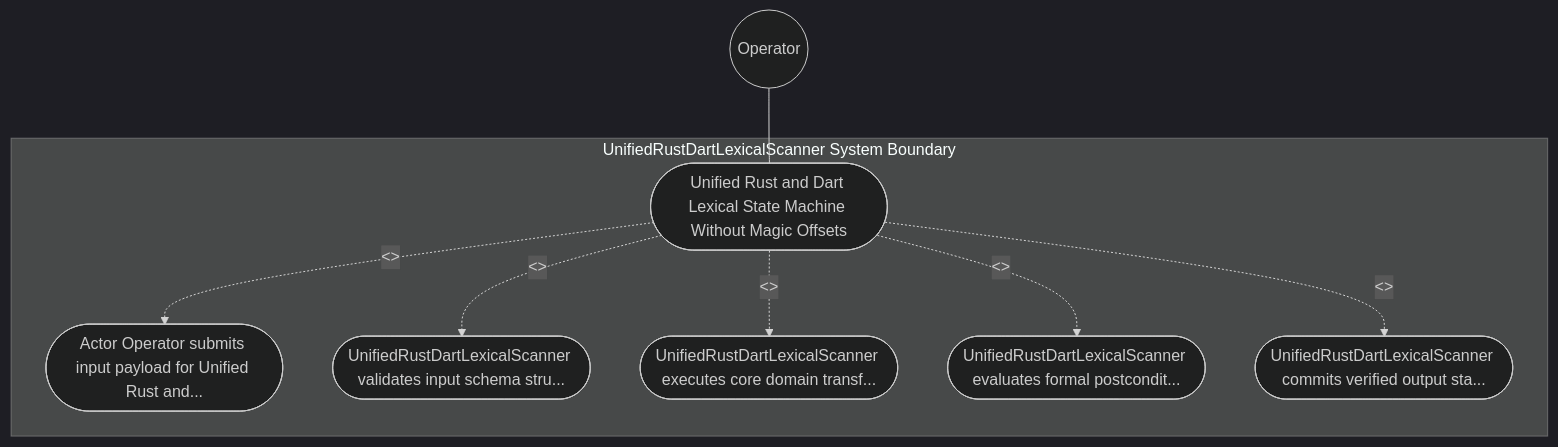
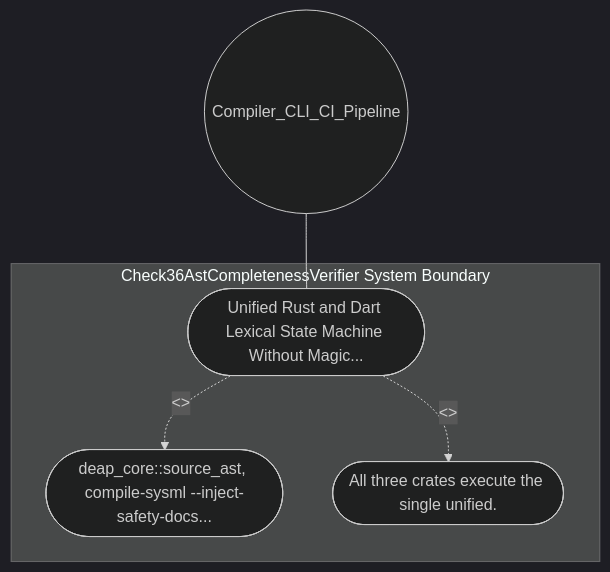
One commit to gintatkinson/DEAP01-spec-core changed the diagram in .pipeline/upstream/docs/use-cases/UC-21-Unified_Rust_and_Dart_Lexical_State_Machine_Without_Magic_Offsets.md. Above: the diagram before and after it, drawn with Mermaid (dark theme). The commit also changed other lines of this file and 213 other files, not shown here.

````diff
--- a/.pipeline/upstream/docs/use-cases/UC-21-Unified_Rust_and_Dart_Lexical_State_Machine_Without_Magic_Offsets.md
+++ b/.pipeline/upstream/docs/use-cases/UC-21-Unified_Rust_and_Dart_Lexical_State_Machine_Without_Magic_Offsets.md
@@ -16,17 +16,11 @@
 ```mermaid
 graph TD
-    subgraph "UnifiedRustDartLexicalScanner System Boundary"
-        UC_Main(["Unified Rust and Dart Lexical State Machine Without Magic Offsets"])
-        UC_Step01(["Actor Operator submits input payload for Unified Rust and..."])
-        UC_Step02(["UnifiedRustDartLexicalScanner validates input schema stru..."])
-        UC_Step03(["UnifiedRustDartLexicalScanner executes core domain transf..."])
-        UC_Step04(["UnifiedRustDartLexicalScanner evaluates formal postcondit..."])
-        UC_Step05(["UnifiedRustDartLexicalScanner commits verified output sta..."])
+    subgraph "Check36AstCompletenessVerifier System Boundary"
+        UC_Main(["Unified Rust and Dart Lexical State Machine Without Magic..."])
+        UC_Step01(["deap_core::source_ast, compile-sysml --inject-safety-docs..."])
+        UC_Step02(["All three crates execute the single unified."])
     end
-    Operator(("Operator")) --- UC_Main
+    Compiler_CLI_CI_Pipeline(("Compiler_CLI_CI_Pipeline")) --- UC_Main
     UC_Main -. "<<include>>" .-> UC_Step01
     UC_Main -. "<<include>>" .-> UC_Step02
-    UC_Main -. "<<include>>" .-> UC_Step03
-    UC_Main -. "<<include>>" .-> UC_Step04
-    UC_Main -. "<<include>>" .-> UC_Step05
 ```
````
